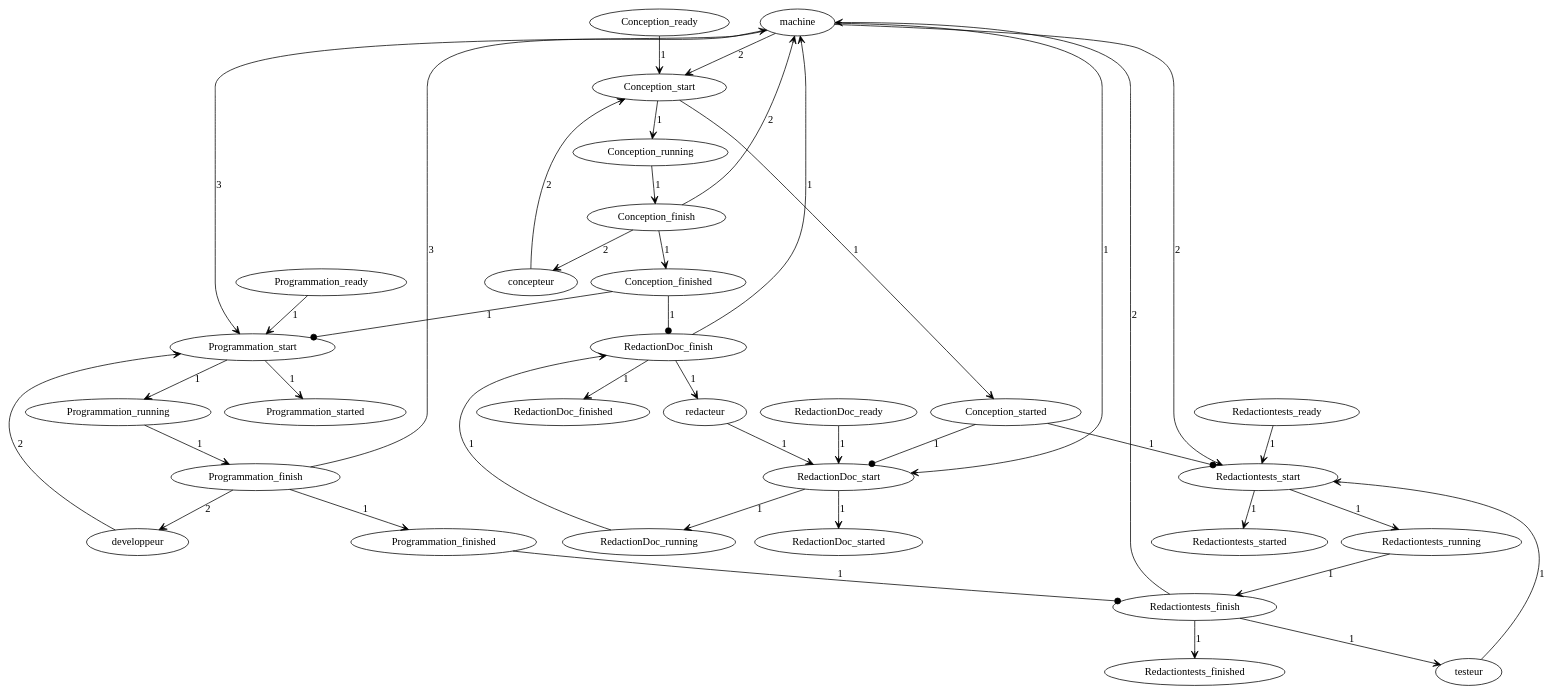
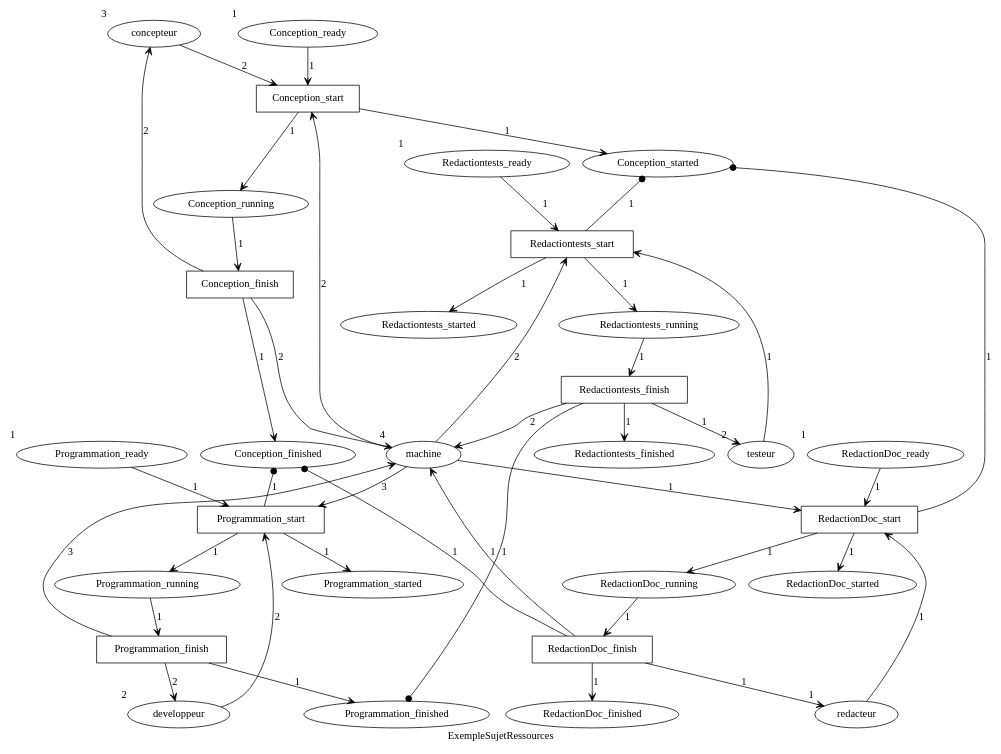
Before and after one commit to louis-thevenet/n7-mini-projet-IDM: the diagram in src/fr.n7.petriNet.todot/output/ExempleSujetRessources.dot, drawn with Graphviz. The commit also changed 9 other files, not shown here.

```diff
--- a/src/fr.n7.petriNet.todot/output/ExempleSujetRessources.dot
+++ b/src/fr.n7.petriNet.todot/output/ExempleSujetRessources.dot
@@ -1,45 +1,76 @@
 digraph ExempleSujetRessources {
+label=ExempleSujetRessources
 
-machine -> Redactiontests_start [arrowhead=vee label=2]
-Redactiontests_finish -> machine [arrowhead=vee label=2]
-testeur -> Redactiontests_start [arrowhead=vee label=1]
-Redactiontests_finish -> testeur [arrowhead=vee label=1]
-Redactiontests_ready -> Redactiontests_start [arrowhead=vee label=1]
-Redactiontests_start -> Redactiontests_running [arrowhead=vee label=1]
-Redactiontests_start -> Redactiontests_started [arrowhead=vee label=1]
-Redactiontests_running -> Redactiontests_finish [arrowhead=vee label=1]
-Redactiontests_finish -> Redactiontests_finished [arrowhead=vee label=1]
-concepteur -> Conception_start [arrowhead=vee label=2]
-Conception_finish -> concepteur [arrowhead=vee label=2]
-machine -> Conception_start [arrowhead=vee label=2]
-Conception_finish -> machine [arrowhead=vee label=2]
-Conception_ready -> Conception_start [arrowhead=vee label=1]
-Conception_start -> Conception_running [arrowhead=vee label=1]
-Conception_start -> Conception_started [arrowhead=vee label=1]
-Conception_running -> Conception_finish [arrowhead=vee label=1]
-Conception_finish -> Conception_finished [arrowhead=vee label=1]
-developpeur -> Programmation_start [arrowhead=vee label=2]
-Programmation_finish -> developpeur [arrowhead=vee label=2]
-machine -> Programmation_start [arrowhead=vee label=3]
-Programmation_finish -> machine [arrowhead=vee label=3]
-Programmation_ready -> Programmation_start [arrowhead=vee label=1]
-Programmation_start -> Programmation_running [arrowhead=vee label=1]
-Programmation_start -> Programmation_started [arrowhead=vee label=1]
-Programmation_running -> Programmation_finish [arrowhead=vee label=1]
-Programmation_finish -> Programmation_finished [arrowhead=vee label=1]
-machine -> RedactionDoc_start [arrowhead=vee label=1]
-RedactionDoc_finish -> machine [arrowhead=vee label=1]
-redacteur -> RedactionDoc_start [arrowhead=vee label=1]
-RedactionDoc_finish -> redacteur [arrowhead=vee label=1]
-RedactionDoc_ready -> RedactionDoc_start [arrowhead=vee label=1]
-RedactionDoc_start -> RedactionDoc_running [arrowhead=vee label=1]
-RedactionDoc_start -> RedactionDoc_started [arrowhead=vee label=1]
-RedactionDoc_running -> RedactionDoc_finish [arrowhead=vee label=1]
-RedactionDoc_finish -> RedactionDoc_finished [arrowhead=vee label=1]
-Conception_finished -> RedactionDoc_finish [arrowhead=dot label=1]
-Conception_started -> RedactionDoc_start [arrowhead=dot label=1]
-Conception_finished -> Programmation_start [arrowhead=dot label=1]
-Conception_started -> Redactiontests_start [arrowhead=dot label=1]
-Programmation_finished -> Redactiontests_finish [arrowhead=dot label=1]
+concepteur [xlabel=3];
+developpeur [xlabel=2];
+machine [xlabel=4];
+redacteur [xlabel=1];
+testeur [xlabel=2];
+Redactiontests_ready [xlabel=1];
+Redactiontests_started ;
+Redactiontests_running ;
+Redactiontests_finished ;
+Redactiontests_start [shape=rectangle];
+Redactiontests_finish [shape=rectangle];
+Conception_ready [xlabel=1];
+Conception_started ;
+Conception_running ;
+Conception_finished ;
+Conception_start [shape=rectangle];
+Conception_finish [shape=rectangle];
+Programmation_ready [xlabel=1];
+Programmation_started ;
+Programmation_running ;
+Programmation_finished ;
+Programmation_start [shape=rectangle];
+Programmation_finish [shape=rectangle];
+RedactionDoc_ready [xlabel=1];
+RedactionDoc_started ;
+RedactionDoc_running ;
+RedactionDoc_finished ;
+RedactionDoc_start [shape=rectangle];
+RedactionDoc_finish [shape=rectangle];
+
+machine -> Redactiontests_start  [arrowhead=vee]  [label=2];
+Redactiontests_finish -> machine  [arrowhead=vee]  [label=2];
+testeur -> Redactiontests_start  [arrowhead=vee]  [label=1];
+Redactiontests_finish -> testeur  [arrowhead=vee]  [label=1];
+Redactiontests_ready -> Redactiontests_start  [arrowhead=vee]  [label=1];
+Redactiontests_start -> Redactiontests_running  [arrowhead=vee]  [label=1];
+Redactiontests_start -> Redactiontests_started  [arrowhead=vee]  [label=1];
+Redactiontests_running -> Redactiontests_finish  [arrowhead=vee]  [label=1];
+Redactiontests_finish -> Redactiontests_finished  [arrowhead=vee]  [label=1];
+concepteur -> Conception_start  [arrowhead=vee]  [label=2];
+Conception_finish -> concepteur  [arrowhead=vee]  [label=2];
+machine -> Conception_start  [arrowhead=vee]  [label=2];
+Conception_finish -> machine  [arrowhead=vee]  [label=2];
+Conception_ready -> Conception_start  [arrowhead=vee]  [label=1];
+Conception_start -> Conception_running  [arrowhead=vee]  [label=1];
+Conception_start -> Conception_started  [arrowhead=vee]  [label=1];
+Conception_running -> Conception_finish  [arrowhead=vee]  [label=1];
+Conception_finish -> Conception_finished  [arrowhead=vee]  [label=1];
+developpeur -> Programmation_start  [arrowhead=vee]  [label=2];
+Programmation_finish -> developpeur  [arrowhead=vee]  [label=2];
+machine -> Programmation_start  [arrowhead=vee]  [label=3];
+Programmation_finish -> machine  [arrowhead=vee]  [label=3];
+Programmation_ready -> Programmation_start  [arrowhead=vee]  [label=1];
+Programmation_start -> Programmation_running  [arrowhead=vee]  [label=1];
+Programmation_start -> Programmation_started  [arrowhead=vee]  [label=1];
+Programmation_running -> Programmation_finish  [arrowhead=vee]  [label=1];
+Programmation_finish -> Programmation_finished  [arrowhead=vee]  [label=1];
+machine -> RedactionDoc_start  [arrowhead=vee]  [label=1];
+RedactionDoc_finish -> machine  [arrowhead=vee]  [label=1];
+redacteur -> RedactionDoc_start  [arrowhead=vee]  [label=1];
+RedactionDoc_finish -> redacteur  [arrowhead=vee]  [label=1];
+RedactionDoc_ready -> RedactionDoc_start  [arrowhead=vee]  [label=1];
+RedactionDoc_start -> RedactionDoc_running  [arrowhead=vee]  [label=1];
+RedactionDoc_start -> RedactionDoc_started  [arrowhead=vee]  [label=1];
+RedactionDoc_running -> RedactionDoc_finish  [arrowhead=vee]  [label=1];
+RedactionDoc_finish -> RedactionDoc_finished  [arrowhead=vee]  [label=1];
+Conception_finished -> RedactionDoc_finish [dir=back] [arrowtail=dot]  [label=1];
+Conception_started -> RedactionDoc_start [dir=back] [arrowtail=dot]  [label=1];
+Conception_finished -> Programmation_start [dir=back] [arrowtail=dot]  [label=1];
+Conception_started -> Redactiontests_start [dir=back] [arrowtail=dot]  [label=1];
+Programmation_finished -> Redactiontests_finish [dir=back] [arrowtail=dot]  [label=1];
 
 }
```
